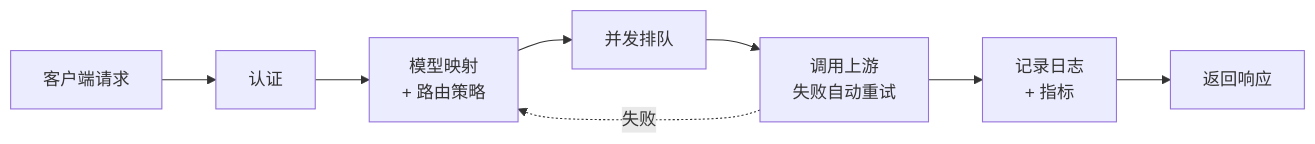
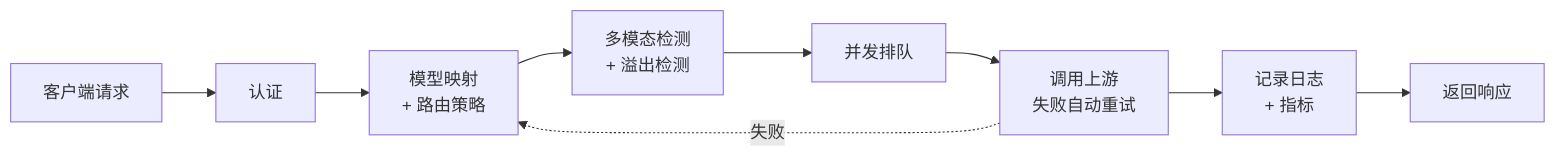
Before and after one commit to zhushanwen321/llm-simple-router: the second of 2 diagrams in README.md, drawn with Mermaid. The commit also changed other lines of this file and 1 other file, not shown here.

````diff
--- a/README.md
+++ b/README.md
@@ -307,11 +307,12 @@
 ```mermaid
 flowchart LR
     A[客户端请求] --> B[认证]
     B --> C[模型映射<br/>+ 路由策略]
-    C --> D[并发排队]
+    C --> H[多模态检测<br/>+ 溢出检测]
+    H --> D[并发排队]
     D --> E[调用上游<br/>失败自动重试]
     E --> F[记录日志<br/>+ 指标]
     F --> G[返回响应]
 
     E -.->|失败| C
 ```
````
